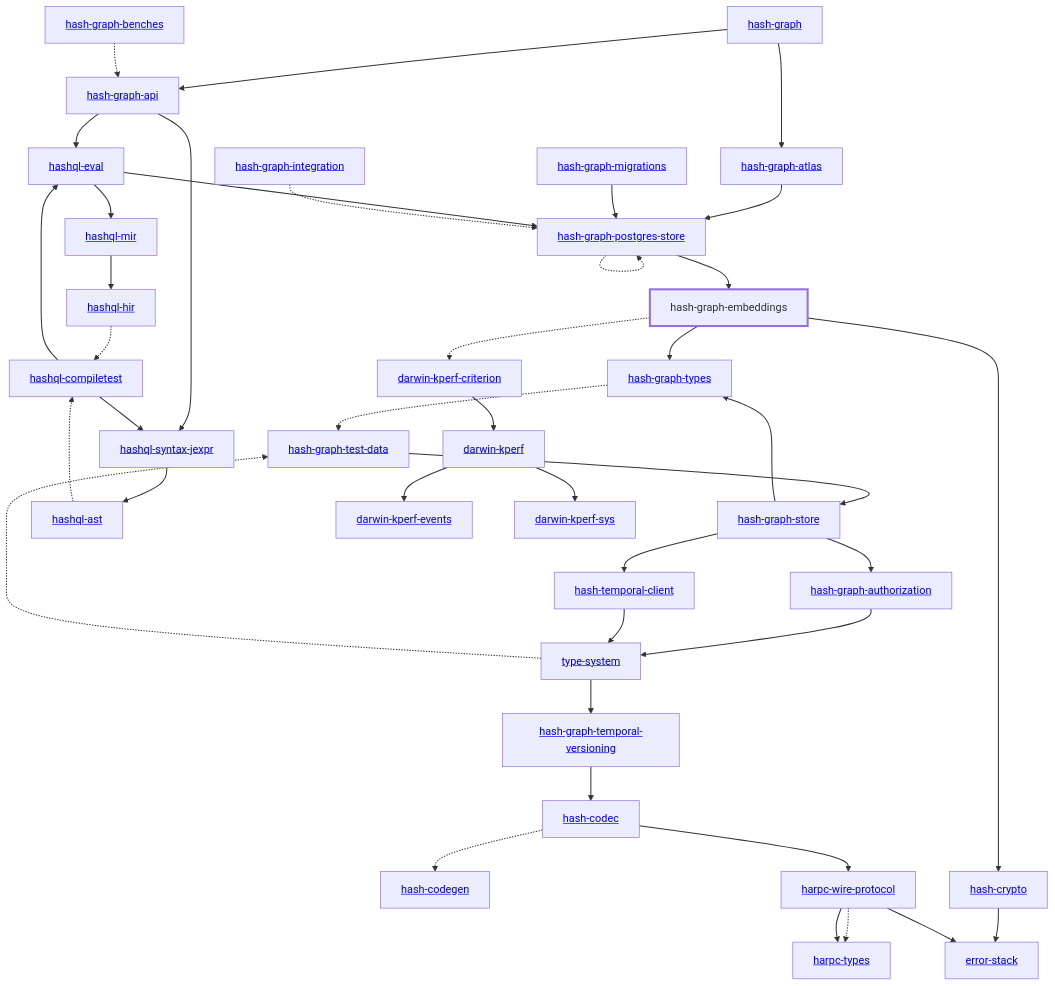
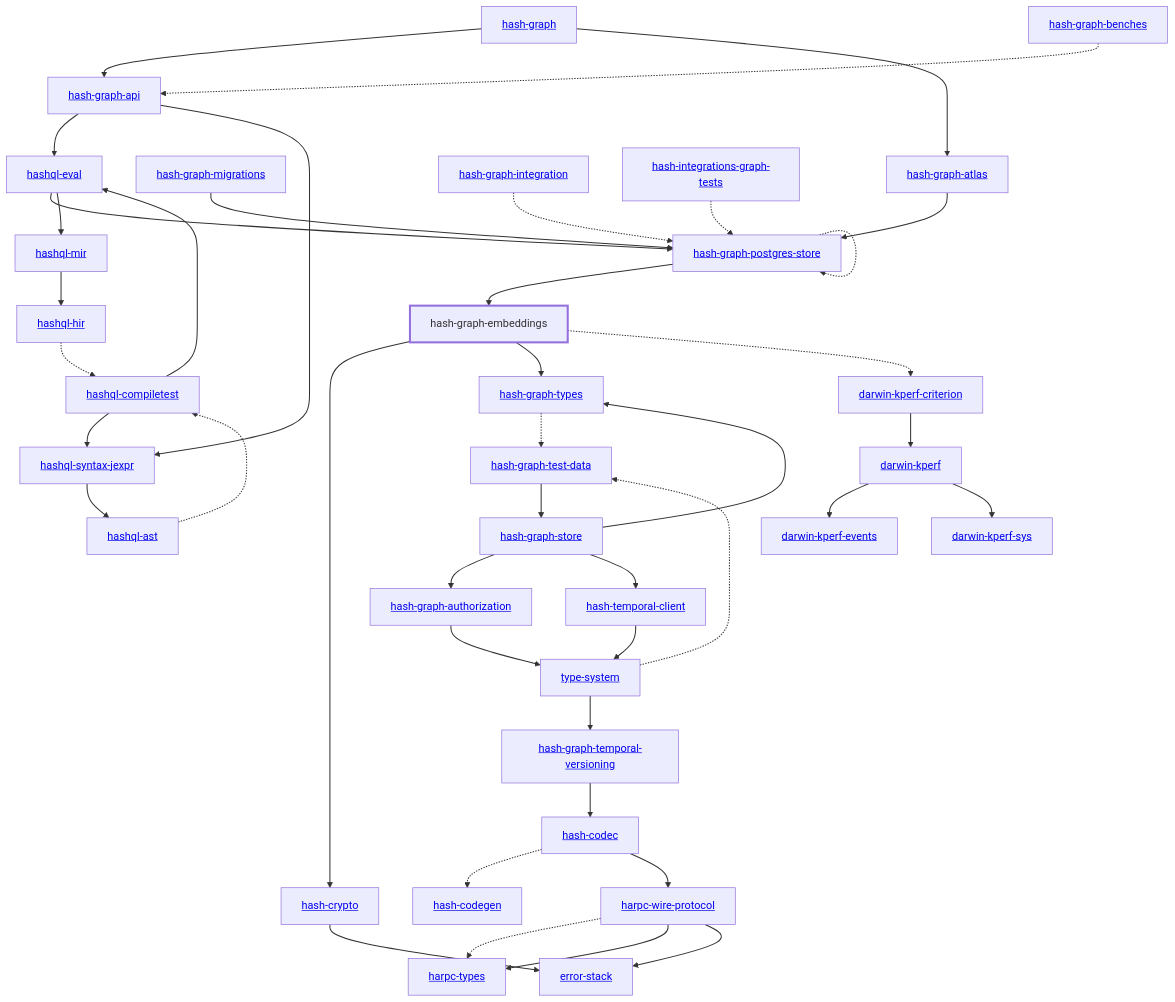
The diagram in libs/@local/graph/embeddings/docs/dependency-diagram.mmd (hashintel/hash), drawn with Mermaid before and after one commit. The commit also changed 20 other files, not shown here.

Commit message:
Update dependency diagrams for the aviation integration test

```diff
--- a/libs/@local/graph/embeddings/docs/dependency-diagram.mmd
+++ b/libs/@local/graph/embeddings/docs/dependency-diagram.mmd
@@ -1,82 +1,84 @@
 graph TD
     linkStyle default stroke-width:1.5px
     classDef default stroke-width:1px
     classDef root stroke-width:3px
     classDef dev stroke-width:1px
     classDef build stroke-width:1px
     %% Legend
     %% --> : Normal dependency
     %% -.-> : Dev dependency
     %% ---> : Build dependency
     0[<a href="../hash_graph/index.html">hash-graph</a>]
     1[<a href="../type_system/index.html">type-system</a>]
     2[<a href="../hash_codec/index.html">hash-codec</a>]
     3[<a href="../hash_codegen/index.html">hash-codegen</a>]
     4[<a href="../hash_crypto/index.html">hash-crypto</a>]
     5[<a href="../hash_graph_api/index.html">hash-graph-api</a>]
     6[<a href="../hash_graph_atlas/index.html">hash-graph-atlas</a>]
     7[<a href="../hash_graph_authorization/index.html">hash-graph-authorization</a>]
     8[hash-graph-embeddings]
     class 8 root
     9[<a href="../hash_graph_migrations/index.html">hash-graph-migrations</a>]
     10[<a href="../hash_graph_postgres_store/index.html">hash-graph-postgres-store</a>]
     11[<a href="../hash_graph_store/index.html">hash-graph-store</a>]
     12[<a href="../hash_graph_temporal_versioning/index.html">hash-graph-temporal-versioning</a>]
     13[<a href="../hash_graph_types/index.html">hash-graph-types</a>]
     14[<a href="../harpc_types/index.html">harpc-types</a>]
     15[<a href="../harpc_wire_protocol/index.html">harpc-wire-protocol</a>]
     16[<a href="../hashql_ast/index.html">hashql-ast</a>]
     17[<a href="../hashql_compiletest/index.html">hashql-compiletest</a>]
     18[<a href="../hashql_eval/index.html">hashql-eval</a>]
     19[<a href="../hashql_hir/index.html">hashql-hir</a>]
     20[<a href="../hashql_mir/index.html">hashql-mir</a>]
     21[<a href="../hashql_syntax_jexpr/index.html">hashql-syntax-jexpr</a>]
     22[<a href="../hash_temporal_client/index.html">hash-temporal-client</a>]
     23[<a href="../darwin_kperf/index.html">darwin-kperf</a>]
     24[<a href="../darwin_kperf_criterion/index.html">darwin-kperf-criterion</a>]
     25[<a href="../darwin_kperf_events/index.html">darwin-kperf-events</a>]
     26[<a href="../darwin_kperf_sys/index.html">darwin-kperf-sys</a>]
     27[<a href="../error_stack/index.html">error-stack</a>]
     28[<a href="../hash_graph_benches/index.html">hash-graph-benches</a>]
     29[<a href="../hash_graph_integration/index.html">hash-graph-integration</a>]
     30[<a href="../hash_graph_test_data/index.html">hash-graph-test-data</a>]
+    31[<a href="../hash_integrations_graph_tests/index.html">hash-integrations-graph-tests</a>]
     0 --> 5
     0 --> 6
     1 --> 12
     1 -.-> 30
     2 -.-> 3
     2 --> 15
     4 --> 27
     5 --> 18
     5 --> 21
     6 --> 10
     7 --> 1
     8 --> 4
     8 --> 13
     8 -.-> 24
     9 --> 10
     10 --> 8
     10 -.-> 10
     11 --> 7
     11 --> 13
     11 --> 22
     12 --> 2
     13 -.-> 30
     15 -.-> 14
     15 --> 14
     15 --> 27
     16 -.-> 17
     17 --> 18
     17 --> 21
     18 --> 10
     18 --> 20
     19 -.-> 17
     20 --> 19
     21 --> 16
     22 --> 1
     23 --> 25
     23 --> 26
     24 --> 23
     28 -.-> 5
     29 -.-> 10
     30 --> 11
+    31 -.-> 10
```
